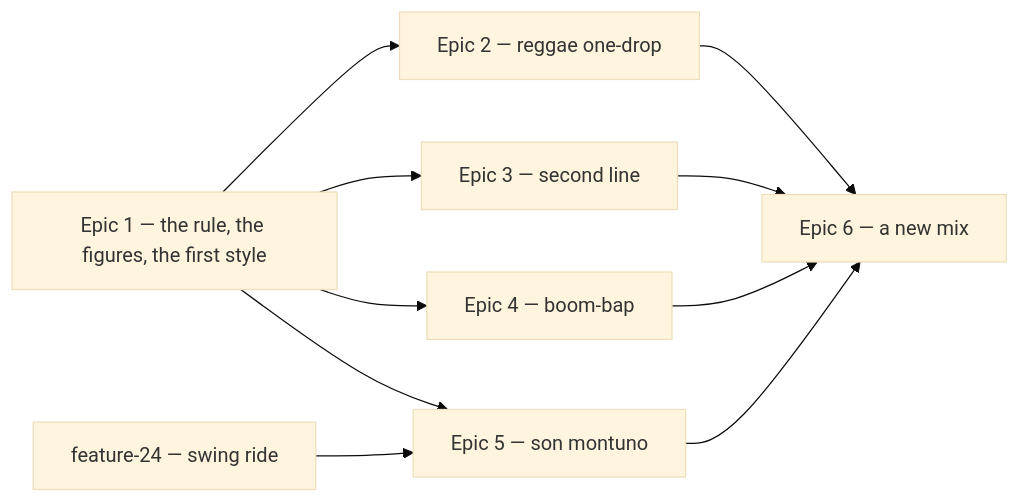
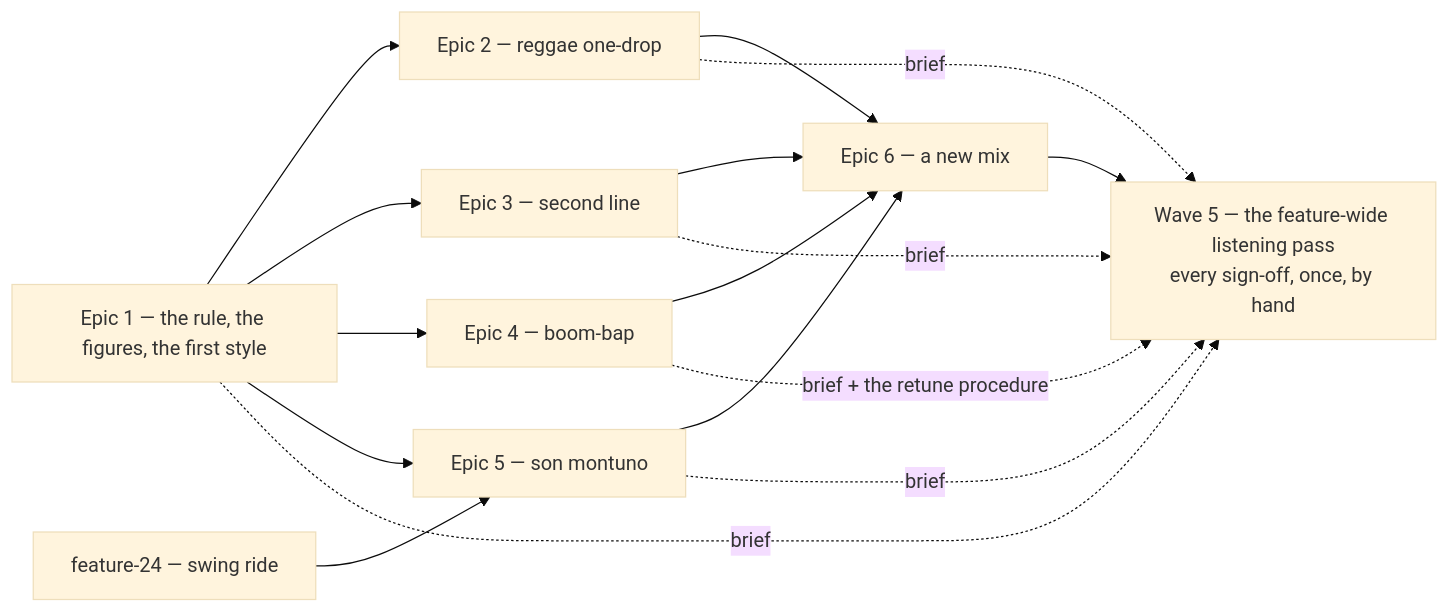
Before and after one commit to fleidloff/daily-groove: the diagram in specs/features/feature-25/roadmap.md, drawn with Mermaid (base theme). The commit also changed other lines of this file and 22 other files, not shown here.

````diff
--- a/specs/features/feature-25/roadmap.md
+++ b/specs/features/feature-25/roadmap.md
@@ -244,12 +249,18 @@
 ```mermaid
 graph LR
   E1[Epic 1 — the rule, the figures, the first style] --> E2[Epic 2 — reggae one-drop]
   E1 --> E3[Epic 3 — second line]
   E1 --> E4[Epic 4 — boom-bap]
   E1 --> E5[Epic 5 — son montuno]
   F24[feature-24 — swing ride] --> E5
   E2 --> E6[Epic 6 — a new mix]
   E3 --> E6
   E4 --> E6
   E5 --> E6
+  E6 --> L[Wave 5 — the feature-wide listening pass<br/>every sign-off, once, by hand]
+  E1 -.->|brief| L
+  E2 -.->|brief| L
+  E3 -.->|brief| L
+  E4 -.->|brief + the retune procedure| L
+  E5 -.->|brief| L
 ```
````
